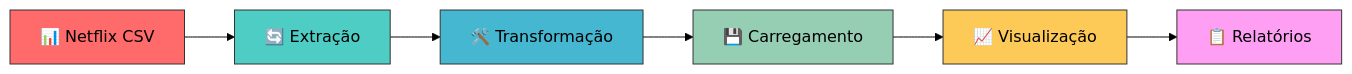
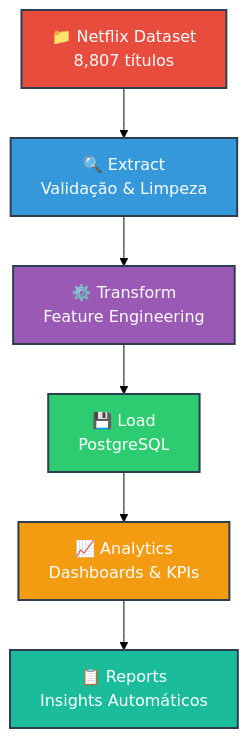
One commit to Thiago-code-lab/data-engineering-netflix changed the diagram in README.md. Above: the diagram before and after it, drawn with Mermaid (forest theme). The commit also changed other lines of this file, not shown here.

````diff
--- a/README.md
+++ b/README.md
@@ -50,15 +59,15 @@
 ```mermaid
-flowchart LR
-    A[📊 Netflix CSV] --> B[🔄 Extração]
-    B --> C[🛠️ Transformação]
-    C --> D[💾 Carregamento]
-    D --> E[📈 Visualização]
-    E --> F[📋 Relatórios]
+graph TD
+    A[📁 Netflix Dataset<br/>8,807 títulos] --> B[🔍 Extract<br/>Validação & Limpeza]
+    B --> C[⚙️ Transform<br/>Feature Engineering]
+    C --> D[💾 Load<br/>PostgreSQL]
+    D --> E[📈 Analytics<br/>Dashboards & KPIs]
+    E --> F[📋 Reports<br/>Insights Automáticos]
     
-    style A fill:#ff6b6b,stroke:#333,color:#000000
-    style B fill:#4ecdc4,stroke:#333,color:#000000
-    style C fill:#45b7d1,stroke:#333,color:#000000
-    style D fill:#96ceb4,stroke:#333,color:#000000
-    style E fill:#feca57,stroke:#333,color:#000000
-    style F fill:#ff9ff3,stroke:#333,color:#000000
+    style A fill:#e74c3c,stroke:#2c3e50,stroke-width:2px,color:#fff
+    style B fill:#3498db,stroke:#2c3e50,stroke-width:2px,color:#fff
+    style C fill:#9b59b6,stroke:#2c3e50,stroke-width:2px,color:#fff
+    style D fill:#2ecc71,stroke:#2c3e50,stroke-width:2px,color:#fff
+    style E fill:#f39c12,stroke:#2c3e50,stroke-width:2px,color:#fff
+    style F fill:#1abc9c,stroke:#2c3e50,stroke-width:2px,color:#fff
 ```
````
